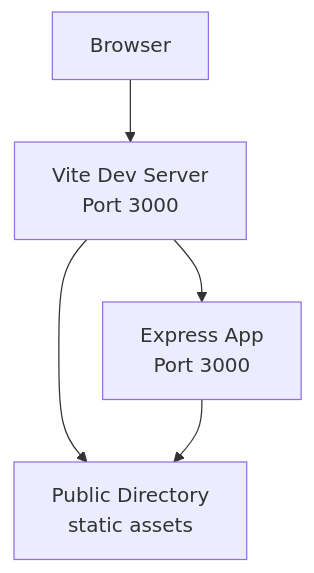
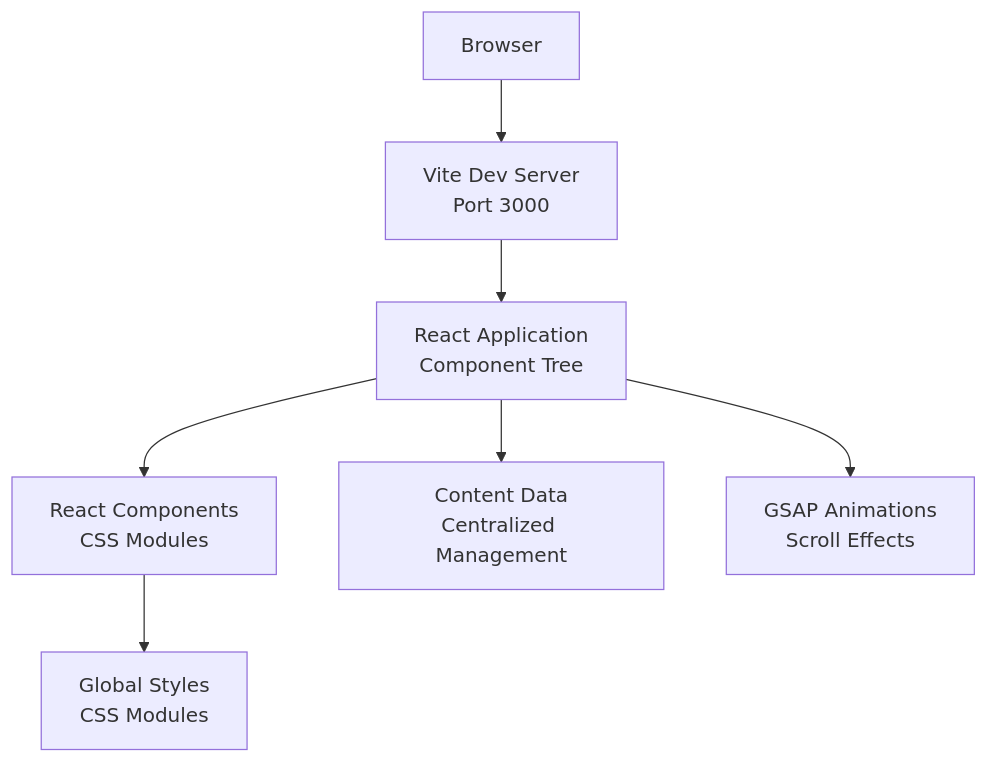
The second of 11 diagrams in .qoder/repowiki/en/content/Application Architecture.md (rakeshmaity271/frankie-picasso), drawn with Mermaid before and after one commit. The commit also changed other lines of this file and 28 other files, not shown here.

Commit message:
Update components, styles, and secure gitignore

````diff
--- a/.qoder/repowiki/en/content/Application Architecture.md
+++ b/.qoder/repowiki/en/content/Application Architecture.md
@@ -99,11 +128,16 @@
 ```mermaid
 graph TB
 Browser["Browser"]
 ViteDev["Vite Dev Server<br/>Port 3000"]
-ExpressApp["Express App<br/>Port 3000"]
-PublicDir["Public Directory<br/>static assets"]
+ReactApp["React Application<br/>Component Tree"]
+Components["React Components<br/>CSS Modules"]
+Content["Content Data<br/>Centralized Management"]
+Animations["GSAP Animations<br/>Scroll Effects"]
+Styles["Global Styles<br/>CSS Modules"]
 Browser --> ViteDev
-ViteDev --> ExpressApp
-ViteDev --> PublicDir
-ExpressApp --> PublicDir
+ViteDev --> ReactApp
+ReactApp --> Components
+ReactApp --> Content
+ReactApp --> Animations
+Components --> Styles
 ```
````
